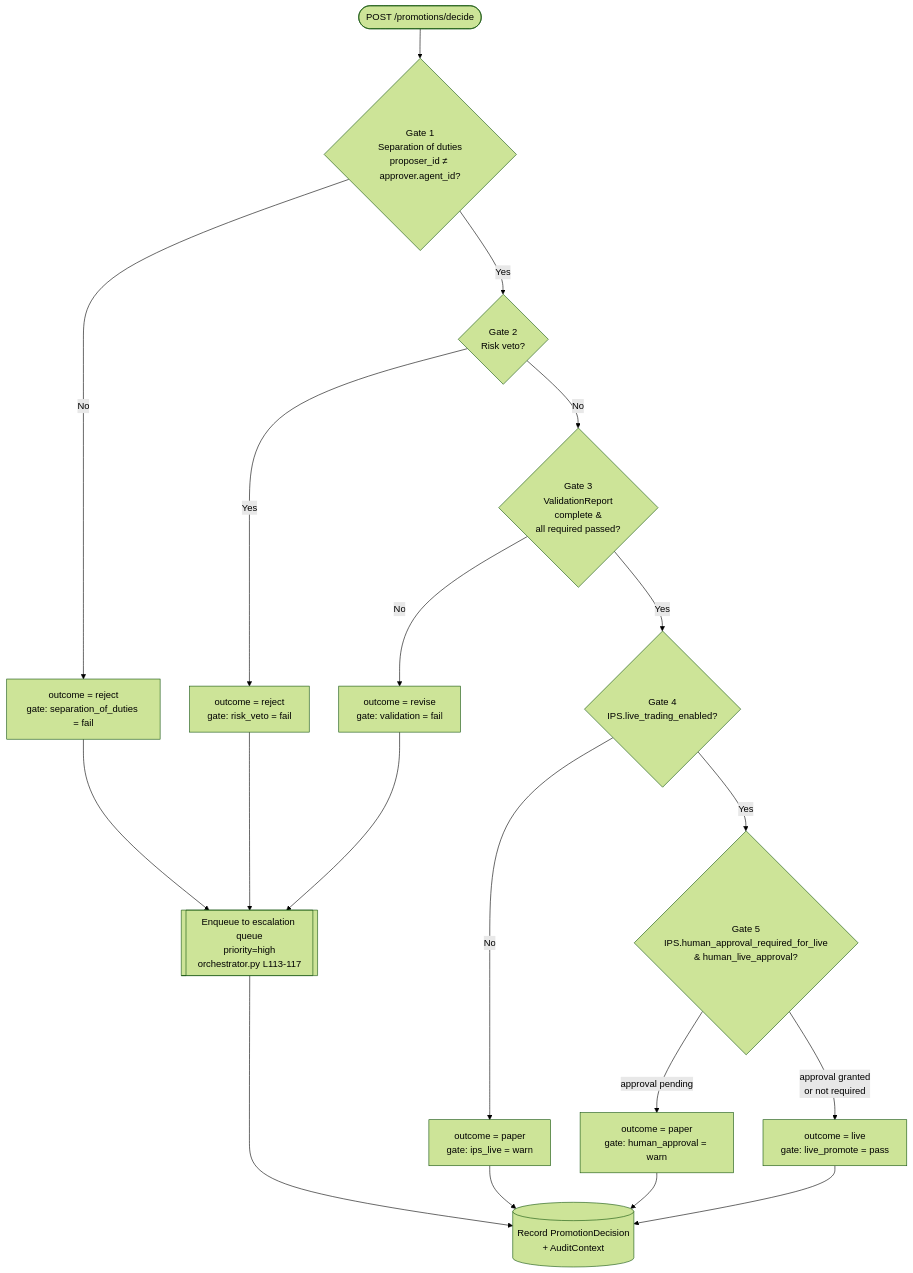
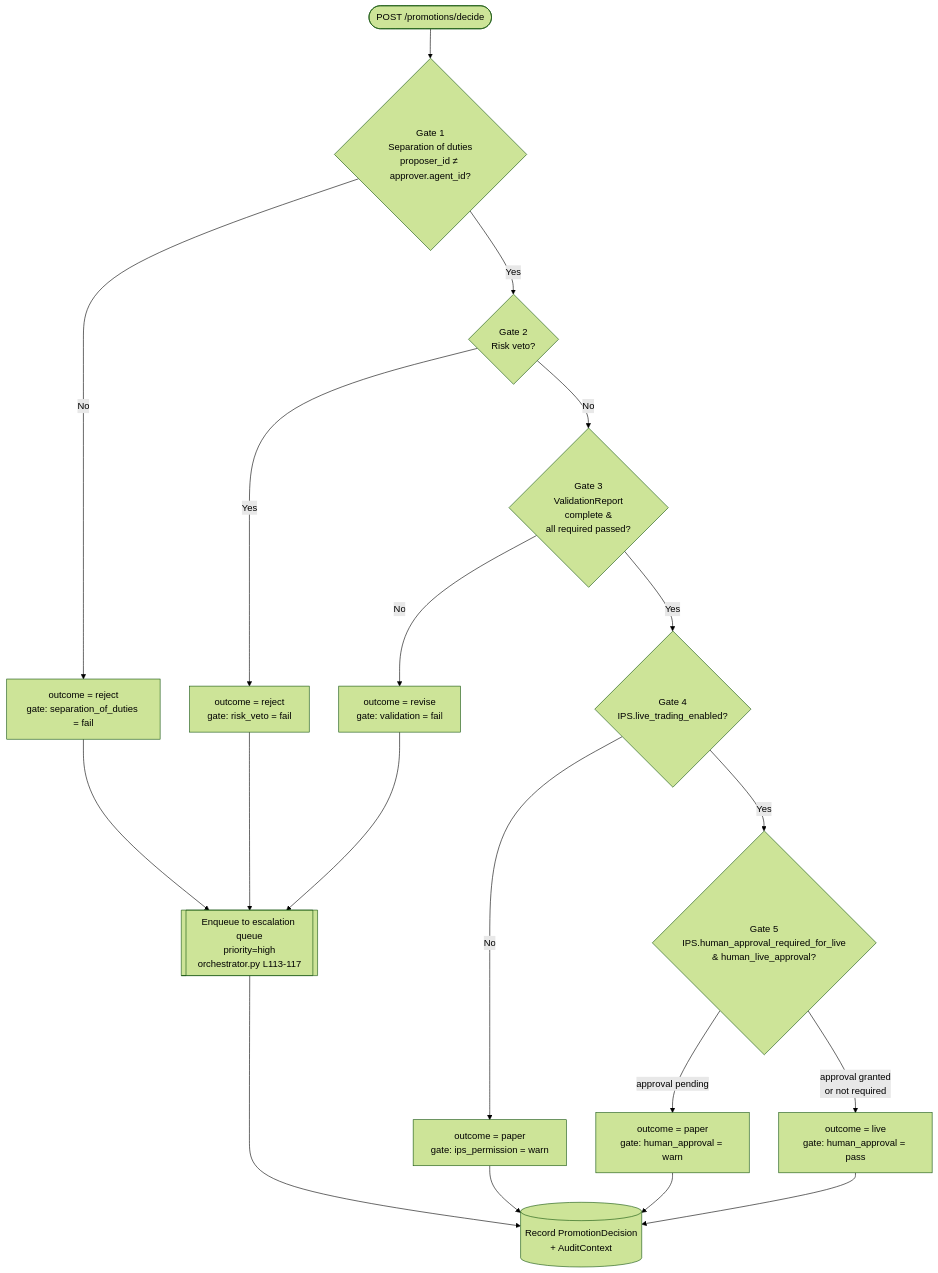
The third of 4 diagrams in backend/agents/investment_team/system_design/flow_charts.md (brandonkindred/Khala-Agentic-AI-Teams), drawn with Mermaid (forest theme) before and after one commit. The commit also changed 11 other files, not shown here.

````diff
--- a/backend/agents/investment_team/system_design/flow_charts.md
+++ b/backend/agents/investment_team/system_design/flow_charts.md
@@ -214,22 +214,22 @@
 ```mermaid
 flowchart TD
     START([POST /promotions/decide]) --> G1{Gate 1<br/>Separation of duties<br/>proposer_id ≠ approver.agent_id?}
     G1 -- No --> REJ1[outcome = reject<br/>gate: separation_of_duties = fail]
     G1 -- Yes --> G2{Gate 2<br/>Risk veto?}
     G2 -- Yes --> REJ2[outcome = reject<br/>gate: risk_veto = fail]
     G2 -- No --> G3{Gate 3<br/>ValidationReport<br/>complete &<br/>all required passed?}
     G3 -- No --> REV[outcome = revise<br/>gate: validation = fail]
     G3 -- Yes --> G4{Gate 4<br/>IPS.live_trading_enabled?}
-    G4 -- No --> PAP1[outcome = paper<br/>gate: ips_live = warn]
+    G4 -- No --> PAP1[outcome = paper<br/>gate: ips_permission = warn]
     G4 -- Yes --> G5{Gate 5<br/>IPS.human_approval_required_for_live<br/>&amp; human_live_approval?}
     G5 -- approval pending --> PAP2[outcome = paper<br/>gate: human_approval = warn]
-    G5 -- approval granted<br/>or not required --> LIVE[outcome = live<br/>gate: live_promote = pass]
+    G5 -- approval granted<br/>or not required --> LIVE[outcome = live<br/>gate: human_approval = pass]
 
     REJ1 --> ESC[[Enqueue to escalation queue<br/>priority=high<br/>orchestrator.py L113-117]]
     REJ2 --> ESC
     REV --> ESC
     PAP1 --> AUD[(Record PromotionDecision<br/>+ AuditContext)]
     PAP2 --> AUD
     LIVE --> AUD
     ESC --> AUD
 ```
````
